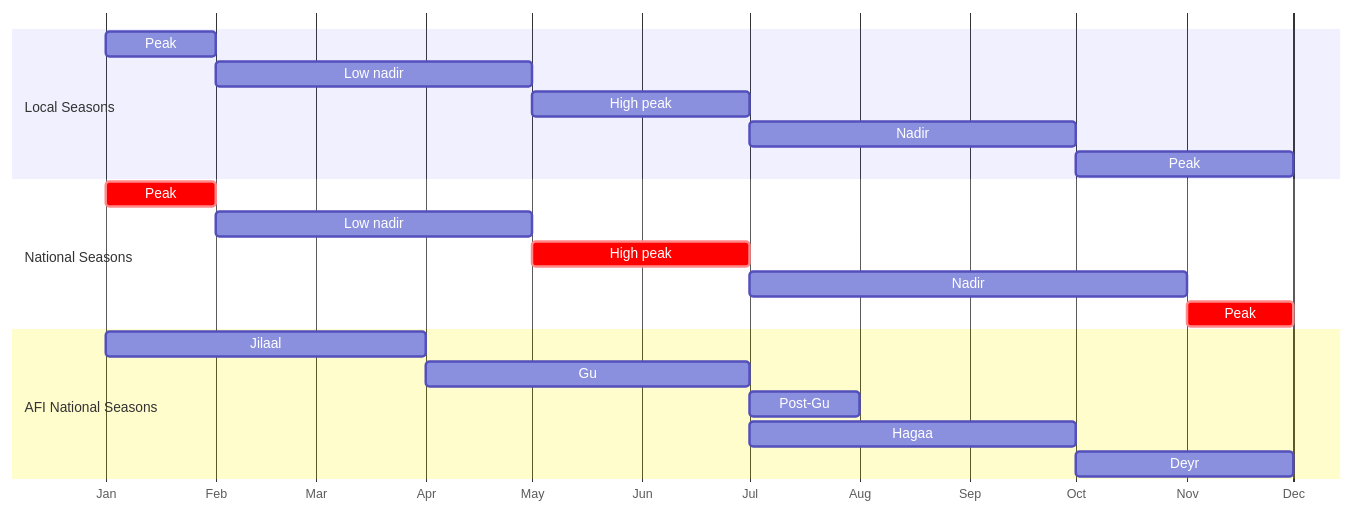
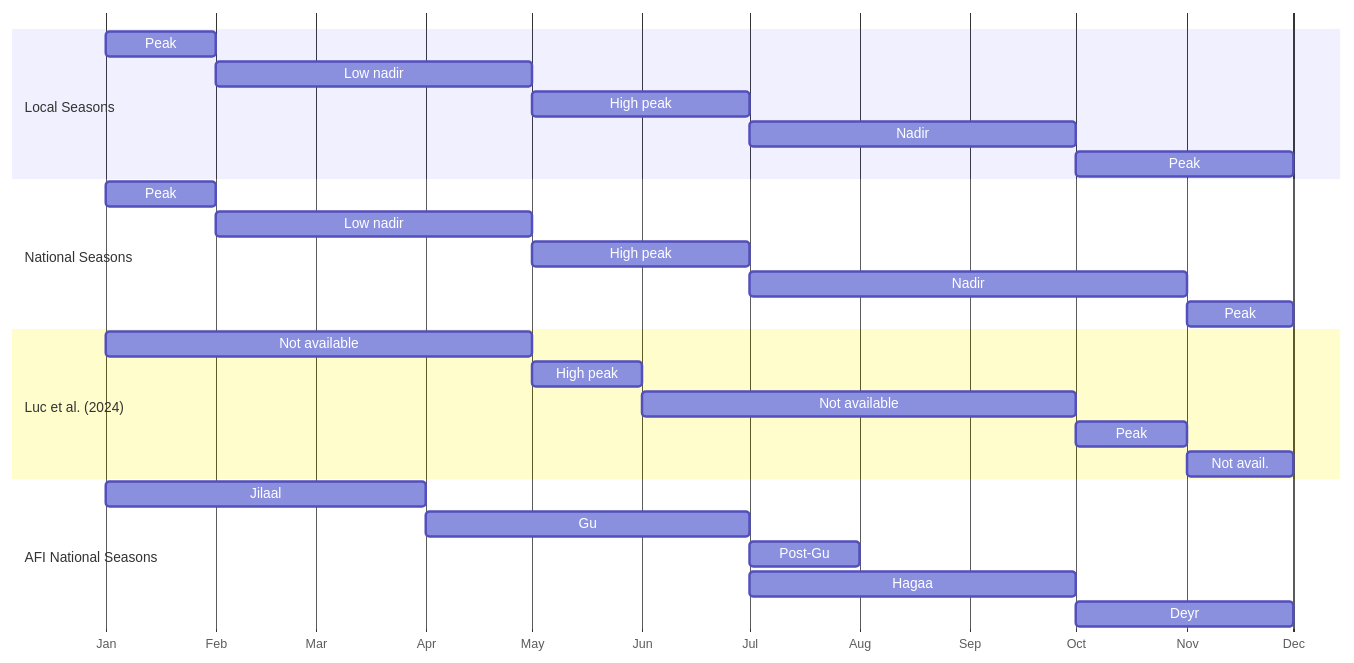
Before and after one commit to nutimes/som-sam-admit: the seventh of 10 diagrams in report.qmd, drawn with Mermaid. The commit also changed other lines of this file, not shown here.

````diff
--- a/report.qmd
+++ b/report.qmd
@@ -679,27 +679,37 @@
 ```{mermaid}
 %%| label: fig-afi-amn-calendar-pastoral
 %%| fig-cap: AMN seasonal calendar *versus* AFI seasonal calendar
 
 gantt
     dateFormat M
     axisFormat %b
     todayMarker off
+
     section Local Seasons
     Peak :amn1, 1, 2
     Low nadir :amn2, 2, 5
     High peak :amn3, 5, 7
     Nadir :amn4, 7, 10
-    Peak : amn5, 10, 12
+    Peak :amn5, 10, 12
+
     section National Seasons
-    Peak :crit, ntl1, 1, 2
+    Peak :ntl1, 1, 2
     Low nadir :ntl2, 2, 5
-    High peak :crit, ntl3, 5, 7
+    High peak :ntl3, 5, 7
     Nadir :ntl4, 7, 11
-    Peak :crit, ntl5, 11, 12
+    Peak :ntl5, 11, 12
+
+    section Luc et al. (2024)
+    Not available :luc1, 1, 5
+    High peak :luc2, 5, 6
+    Not available :luc3, 6, 10
+    Peak :luc4, 10, 11
+    Not avail. :luc5, 11, 12
+
     section AFI National Seasons
     Jilaal :afi1, 1, 4
     Gu     :afi2, 4, 7
     Post-Gu:afi3, 7, 8
     Hagaa  :afi4, 7, 10
     Deyr   :afi5, 10, 12
 ```
````
